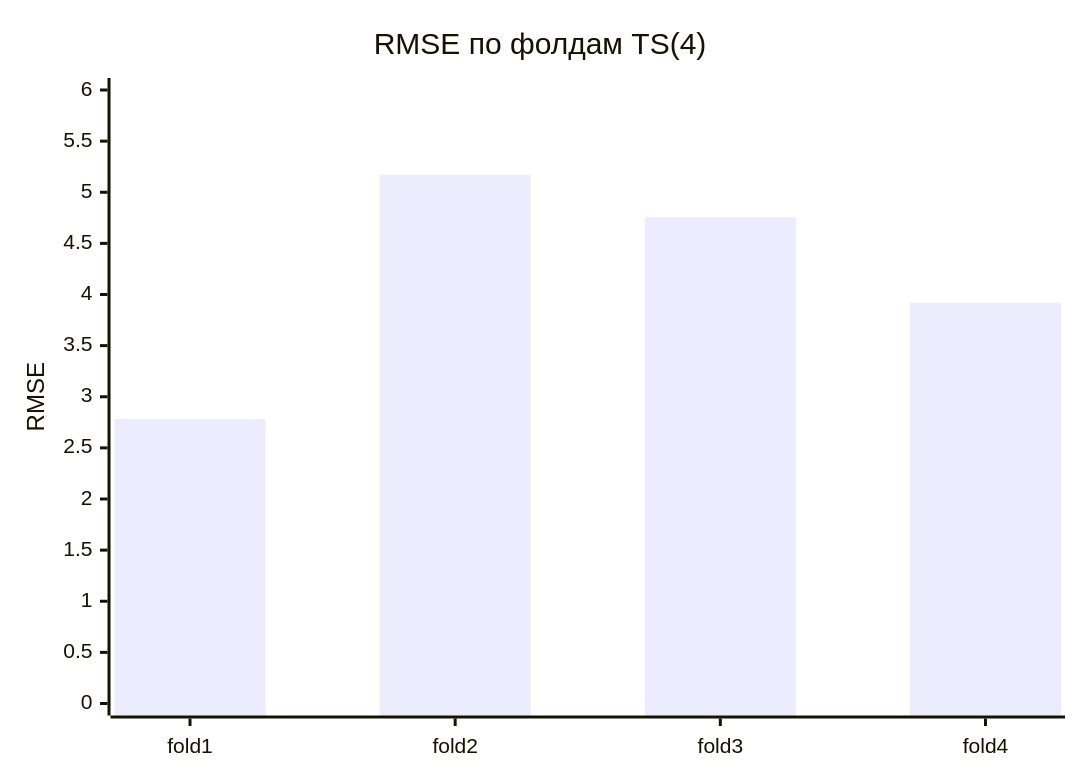
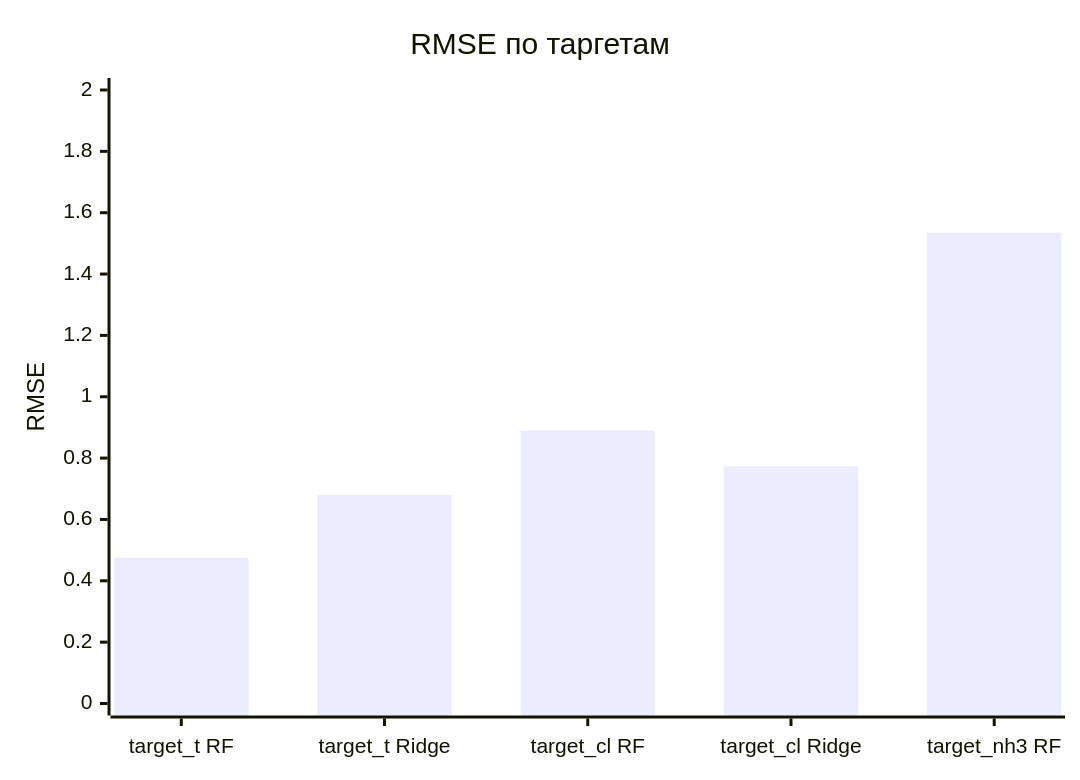
Before and after one commit to Misha-42/soda-ml-carbonation-control: the fourth of 7 diagrams in experiments/soda-ml-nir_targetB_v6/README.md, drawn with Mermaid. The commit also changed other lines of this file, not shown here.

````diff
--- a/experiments/soda-ml-nir_targetB_v6/README.md
+++ b/experiments/soda-ml-nir_targetB_v6/README.md
@@ -234,7 +190,7 @@
 ```mermaid
 xychart-beta
-    title "RMSE по фолдам TS(4)"
-    x-axis [fold1, fold2, fold3, fold4]
-    y-axis "RMSE" 0 --> 6
-    bar [2.781, 5.172, 4.755, 3.920]
+    title "RMSE по таргетам"
+    x-axis ["target_t RF", "target_t Ridge", "target_cl RF", "target_cl Ridge", "target_nh3 RF"]
+    y-axis "RMSE" 0 --> 2
+    bar [0.475, 0.680, 0.890, 0.773, 1.535]
 ```
````
